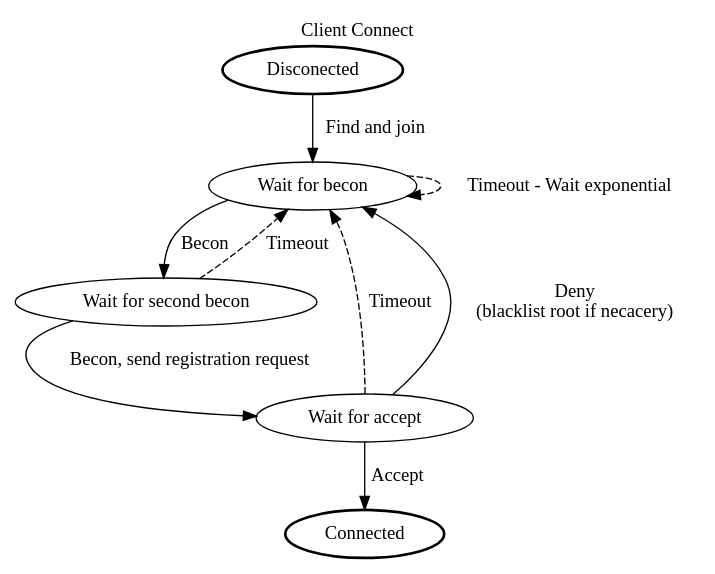
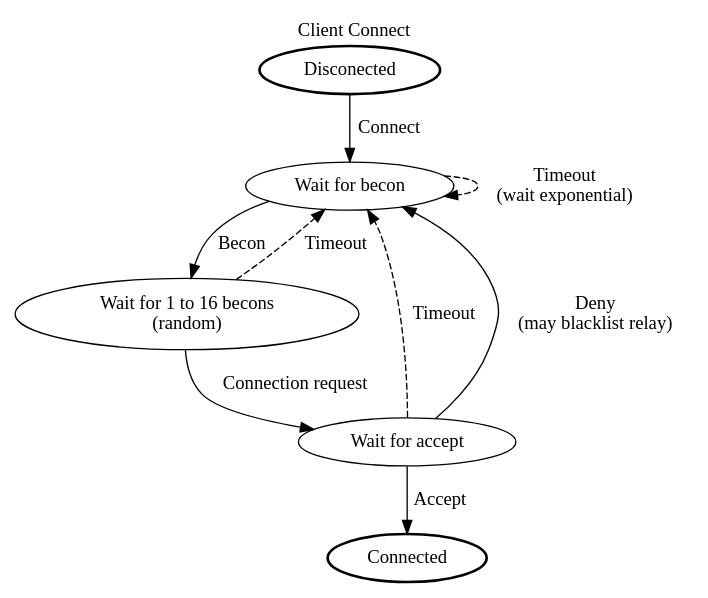
Before and after one commit to TheBiggerGuy/RespireNetwork: the diagram in protocol/Network_Connect.gv, drawn with Graphviz. The commit also changed 26 other files, not shown here.

```diff
--- a/protocol/Network_Connect.gv
+++ b/protocol/Network_Connect.gv
@@ -1,20 +1,20 @@
 digraph {
   labelloc="t";
   label="Client Connect";
   
   node [style="bold"]
   "Disconected" "Connected"
   node [style=""];
   
-  "Disconected" -> "Wait for becon" [label="Find and join"]
+  "Disconected" -> "Wait for becon" [label="Connect"]
   
-  "Wait for becon" -> "Wait for becon" [label="Timeout - Wait exponential", style=dashed]
-  "Wait for becon" -> "Wait for second becon" [label="Becon"]
+  "Wait for becon" -> "Wait for becon" [label="Timeout\n(wait exponential)", style=dashed]
+  "Wait for becon" -> "Wait for 1 to 16 becons\n(random)" [label="Becon"]
   
-  "Wait for second becon" -> "Wait for becon" [label="Timeout", style=dashed]
-  "Wait for second becon" -> "Wait for accept" [label="Becon, send registration request"]
+  "Wait for 1 to 16 becons\n(random)" -> "Wait for becon" [label="Timeout", style=dashed]
+  "Wait for 1 to 16 becons\n(random)" -> "Wait for accept" [label="Connection request"]
   
   "Wait for accept" -> "Connected" [label="Accept"]
   "Wait for accept" -> "Wait for becon" [label="Timeout", style=dashed]
-  "Wait for accept" -> "Wait for becon" [label="Deny\n(blacklist root if necacery)"]
+  "Wait for accept" -> "Wait for becon" [label="Deny\n(may blacklist relay)"]
 }
```
